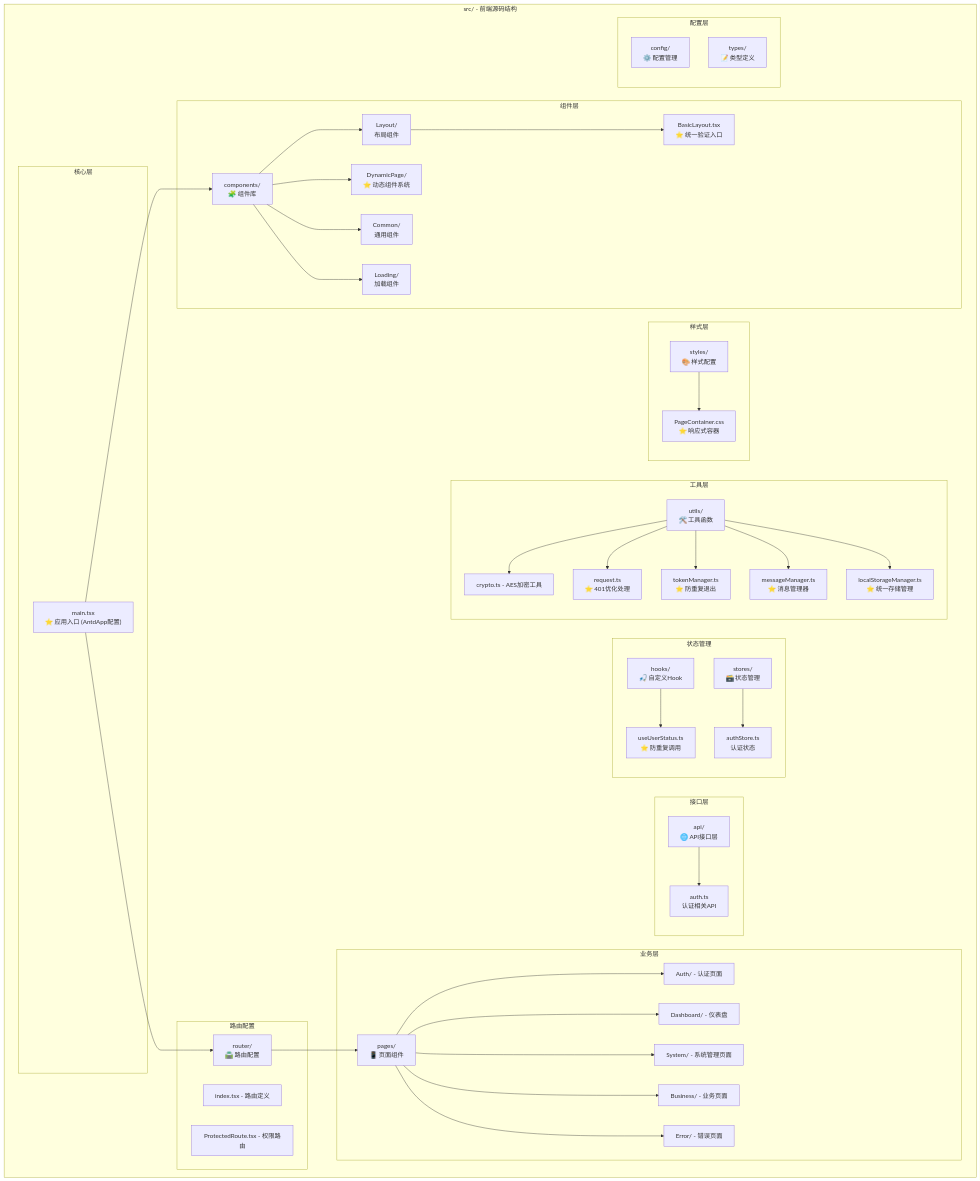
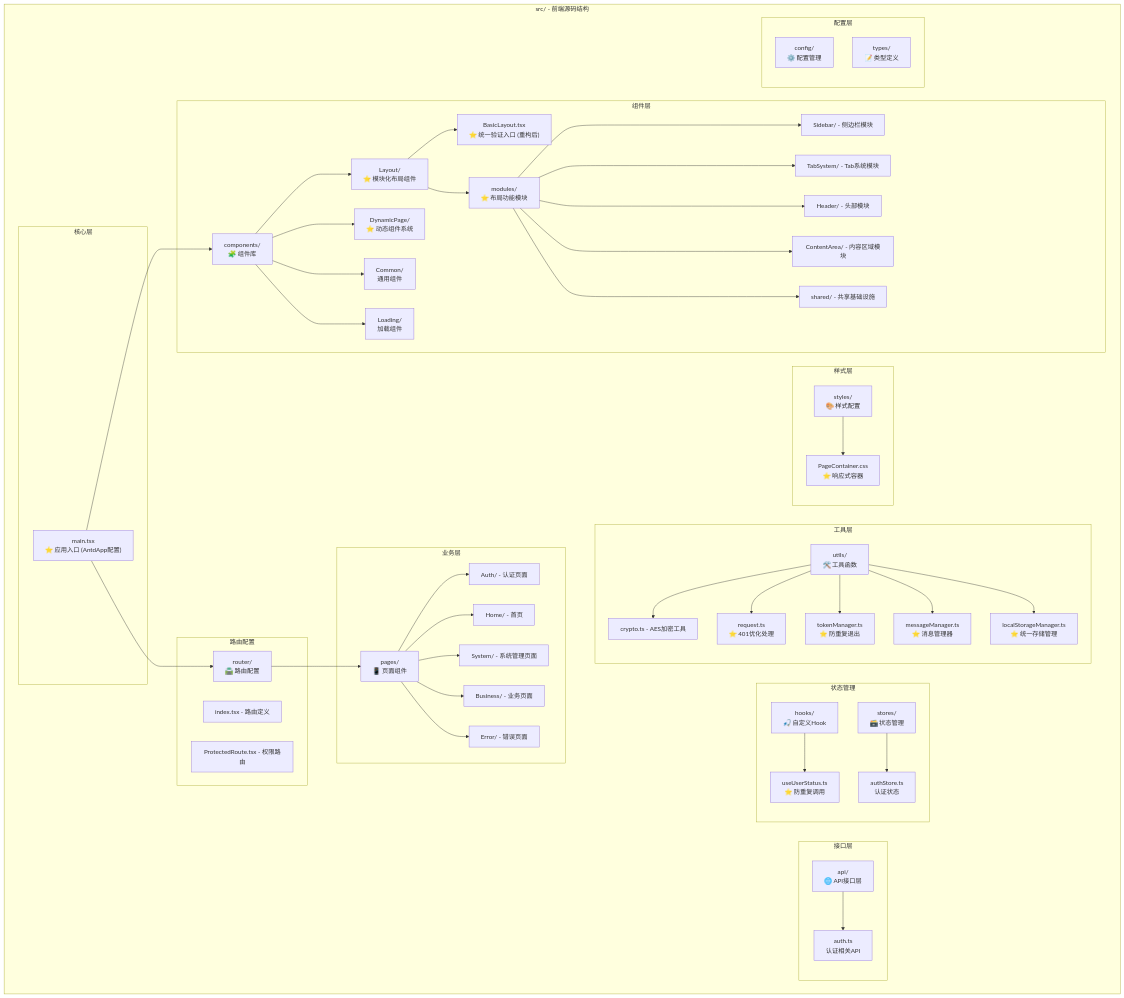
One commit to SEVENTEEN-TAN/SVT changed the second of 3 diagrams in SVT-Web/README.md. Above: the diagram before and after it, drawn with Mermaid. The commit also changed other lines of this file and 2 other files, not shown here.

Commit message:
feat: 同步文档

```diff
--- a/SVT-Web/README.md
+++ b/SVT-Web/README.md
@@ -116,8 +126,14 @@
         subgraph "组件层"
             COMP["components/<br/>🧩 组件库"]
             COMMON["Common/<br/>通用组件"]
-            LAYOUT["Layout/<br/>布局组件"]
-            BASIC_LAYOUT["BasicLayout.tsx<br/>⭐ 统一验证入口"]
+            LAYOUT["Layout/<br/>⭐ 模块化布局组件"]
+            BASIC_LAYOUT["BasicLayout.tsx<br/>⭐ 统一验证入口 (重构后)"]
+            LAYOUT_MODULES["modules/<br/>⭐ 布局功能模块"]
+            SIDEBAR_MODULE["Sidebar/ - 侧边栏模块"]
+            TAB_MODULE["TabSystem/ - Tab系统模块"]
+            HEADER_MODULE["Header/ - 头部模块"]
+            CONTENT_MODULE["ContentArea/ - 内容区域模块"]
+            SHARED_MODULE["shared/ - 共享基础设施"]
             DYNAMIC_PAGE["DynamicPage/<br/>⭐ 动态组件系统"]
             LOADING["Loading/<br/>加载组件"]
         end
@@ -125,7 +141,7 @@
         subgraph "业务层"
             PAGES["pages/<br/>📱 页面组件"]
             AUTH_PAGE["Auth/ - 认证页面"]
-            DASHBOARD["Dashboard/ - 仪表盘"]
+            HOME_PAGE["Home/ - 首页"]
             SYSTEM_PAGE["System/ - 系统管理页面"]
             BUSINESS_PAGE["Business/ - 业务页面"]
             ERROR["Error/ - 错误页面"]
@@ -168,13 +184,19 @@
     MAIN --> ROUTER
     COMP --> LAYOUT
     LAYOUT --> BASIC_LAYOUT
+    LAYOUT --> LAYOUT_MODULES
+    LAYOUT_MODULES --> SIDEBAR_MODULE
+    LAYOUT_MODULES --> TAB_MODULE
+    LAYOUT_MODULES --> HEADER_MODULE
+    LAYOUT_MODULES --> CONTENT_MODULE
+    LAYOUT_MODULES --> SHARED_MODULE
     COMP --> DYNAMIC_PAGE
     COMP --> COMMON
     COMP --> LOADING
 
     ROUTER --> PAGES
     PAGES --> AUTH_PAGE
-    PAGES --> DASHBOARD
+    PAGES --> HOME_PAGE
     PAGES --> SYSTEM_PAGE
     PAGES --> BUSINESS_PAGE
     PAGES --> ERROR
```
